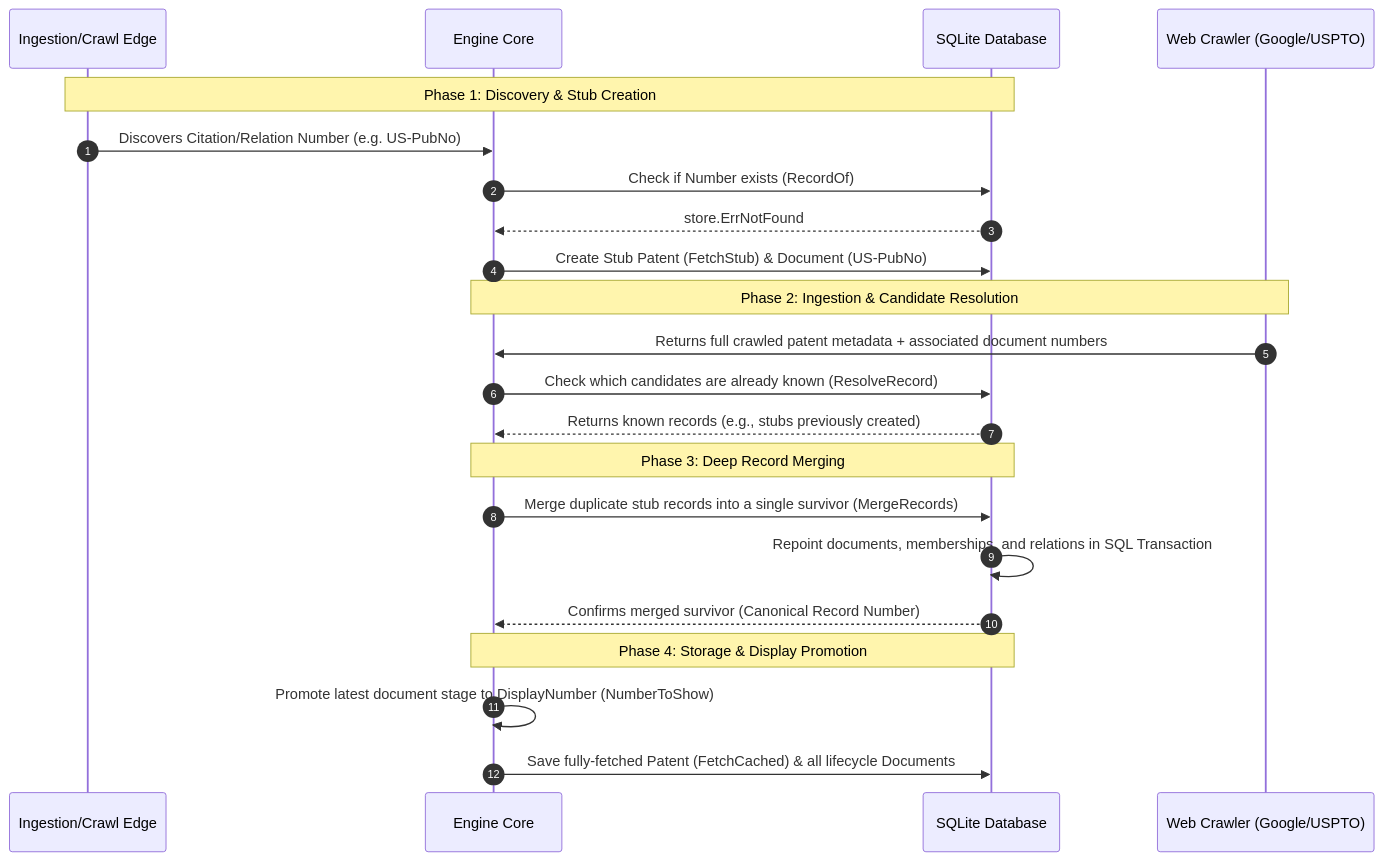
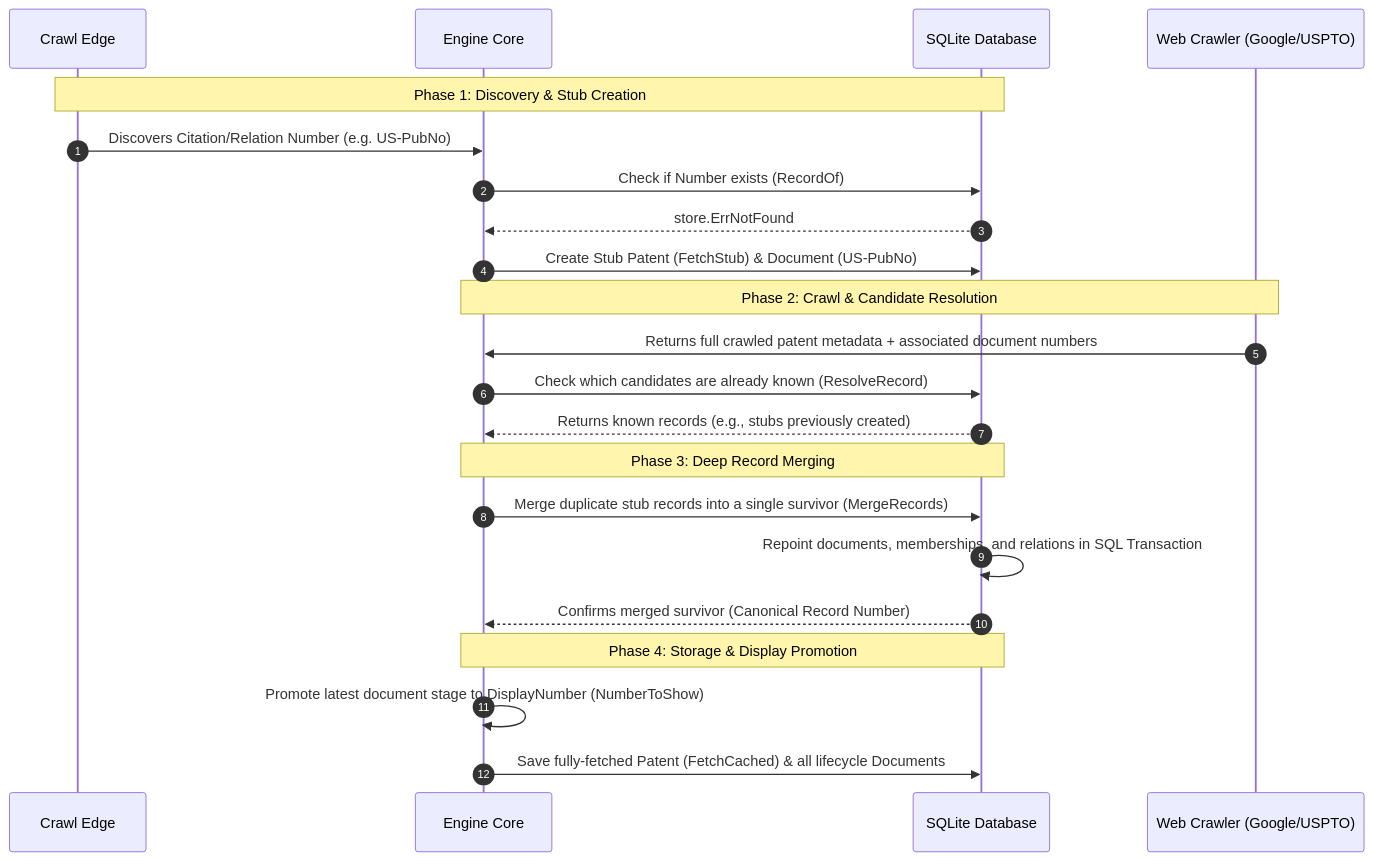
Before and after one commit to fjmalass/PatentMine: the second of 2 diagrams in README.md, drawn with Mermaid. The commit also changed other lines of this file and 45 other files, not shown here.

````diff
--- a/README.md
+++ b/README.md
@@ -73,32 +73,32 @@
 ```mermaid
 sequenceDiagram
     autonumber
-    participant CrawlEdge as Ingestion/Crawl Edge
+    participant CrawlEdge as Crawl Edge
     participant Engine as Engine Core
     participant DB as SQLite Database
     participant Web as Web Crawler (Google/USPTO)
 
     %% Phase 1: Stub Creation
     Note over CrawlEdge, DB: Phase 1: Discovery & Stub Creation
     CrawlEdge->>Engine: Discovers Citation/Relation Number (e.g. US-PubNo)
     Engine->>DB: Check if Number exists (RecordOf)
     DB-->>Engine: store.ErrNotFound
     Engine->>DB: Create Stub Patent (FetchStub) & Document (US-PubNo)
     
-    %% Phase 2: Ingestion & Candidate Resolution
-    Note over Engine, Web: Phase 2: Ingestion & Candidate Resolution
+    %% Phase 2: Crawl & Candidate Resolution
+    Note over Engine, Web: Phase 2: Crawl & Candidate Resolution
     Web->>Engine: Returns full crawled patent metadata + associated document numbers
     Engine->>DB: Check which candidates are already known (ResolveRecord)
     DB-->>Engine: Returns known records (e.g., stubs previously created)
     
     %% Phase 3: Record Merging
     Note over Engine, DB: Phase 3: Deep Record Merging
     Engine->>DB: Merge duplicate stub records into a single survivor (MergeRecords)
     DB->>DB: Repoint documents, memberships, and relations in SQL Transaction
     DB-->>Engine: Confirms merged survivor (Canonical Record Number)
     
     %% Phase 4: Storing & Display Promotion
     Note over Engine, DB: Phase 4: Storage & Display Promotion
     Engine->>Engine: Promote latest document stage to DisplayNumber (NumberToShow)
     Engine->>DB: Save fully-fetched Patent (FetchCached) & all lifecycle Documents
 ```
````
